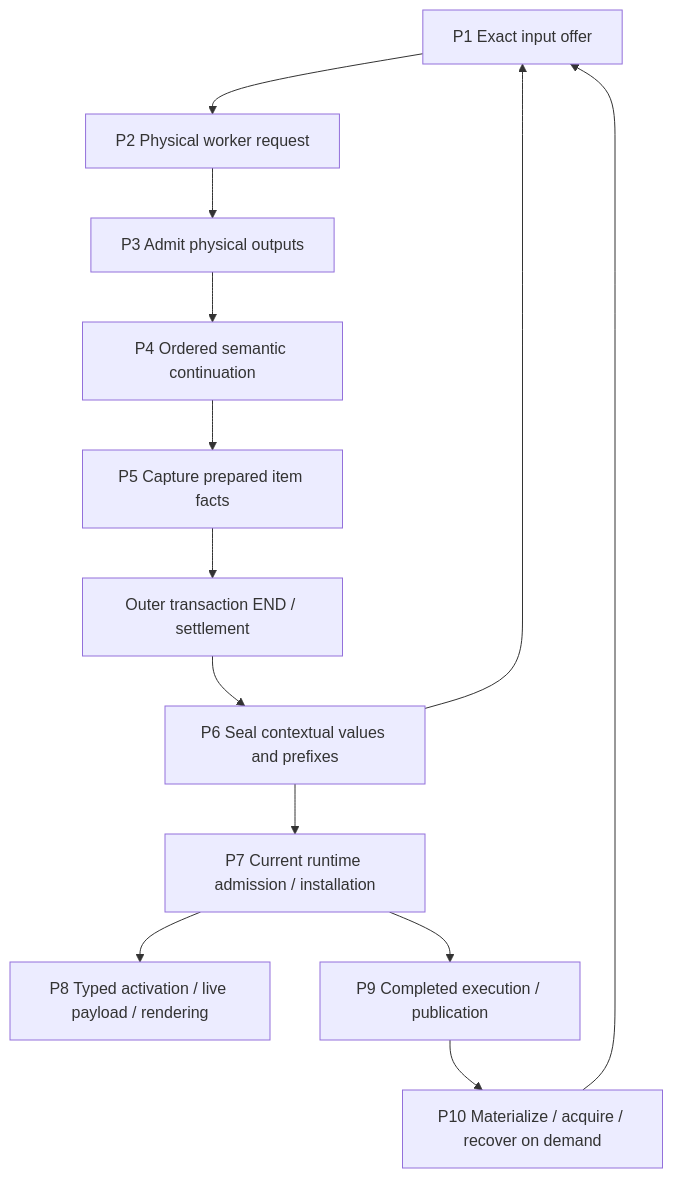
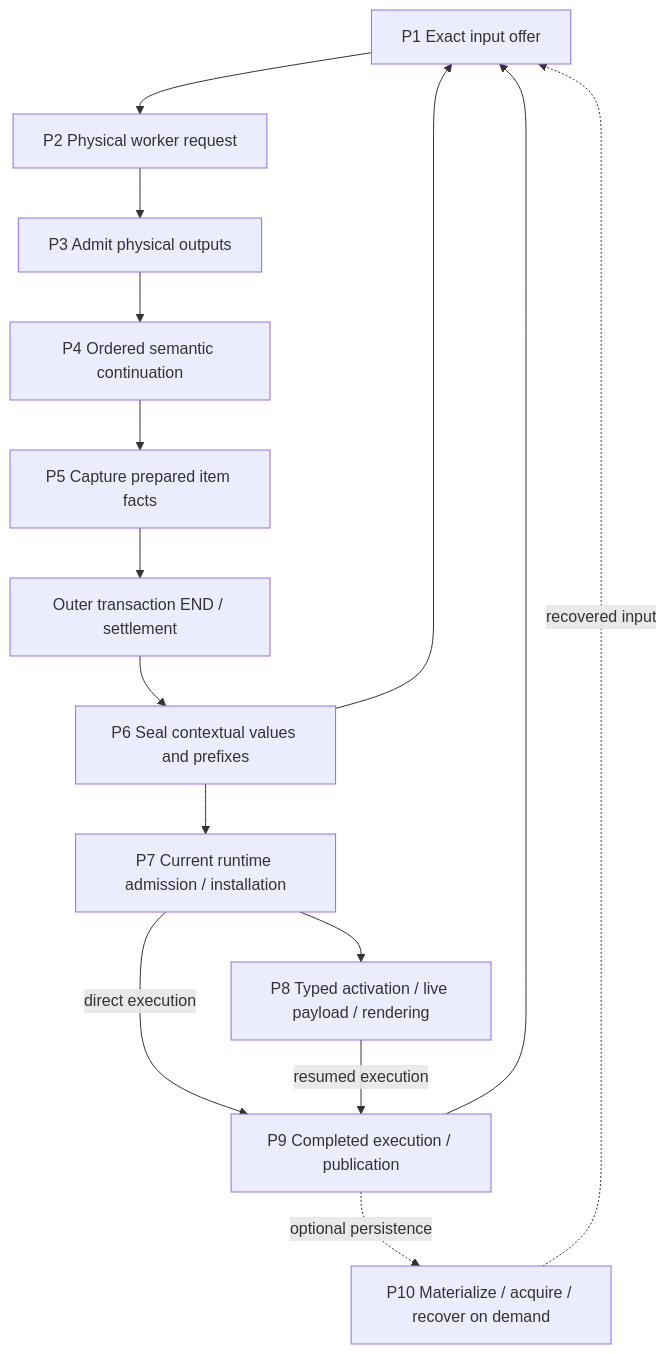
Before and after one commit to tidepool-heavy-industries/tidepool: the diagram in docs/compiler-work-map.md, drawn with Mermaid. The commit also changed other lines of this file, not shown here.

Commit message:
Clarify measured provenance and conditional execution paths

````diff
--- a/docs/compiler-work-map.md
+++ b/docs/compiler-work-map.md
@@ -9,15 +9,17 @@
 ```mermaid
 flowchart TD
   P1["P1 Exact input offer"] --> P2["P2 Physical worker request"]
   P2 --> P3["P3 Admit physical outputs"]
   P3 --> P4["P4 Ordered semantic continuation"]
   P4 --> P5["P5 Capture prepared item facts"]
   P5 --> END["Outer transaction END / settlement"]
   END --> P6["P6 Seal contextual values and prefixes"]
   P6 --> P7["P7 Current runtime admission / installation"]
   P7 --> P8["P8 Typed activation / live payload / rendering"]
-  P7 --> P9["P9 Completed execution / publication"]
-  P9 --> P10["P10 Materialize / acquire / recover on demand"]
-  P10 --> P1
+  P7 -->|direct execution| P9["P9 Completed execution / publication"]
+  P8 -->|resumed execution| P9
+  P9 --> P1
+  P9 -. optional persistence .-> P10["P10 Materialize / acquire / recover on demand"]
+  P10 -. recovered input .-> P1
   P6 --> P1
 ```
````
